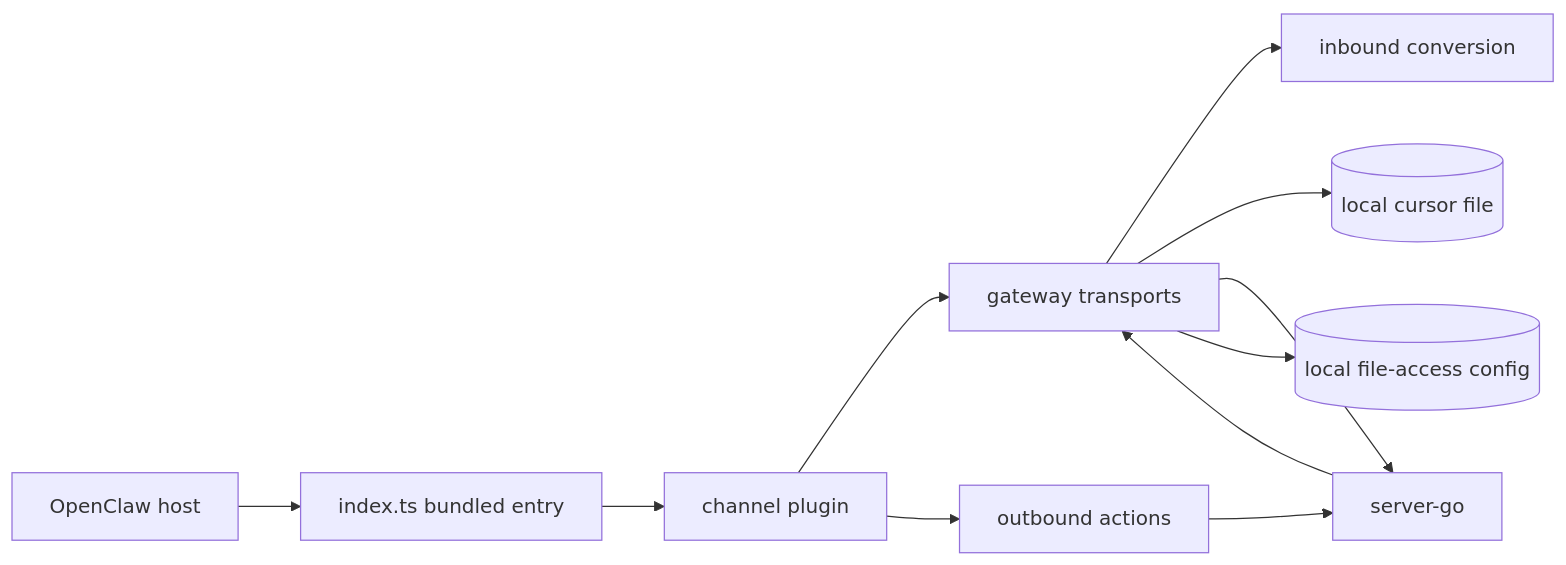
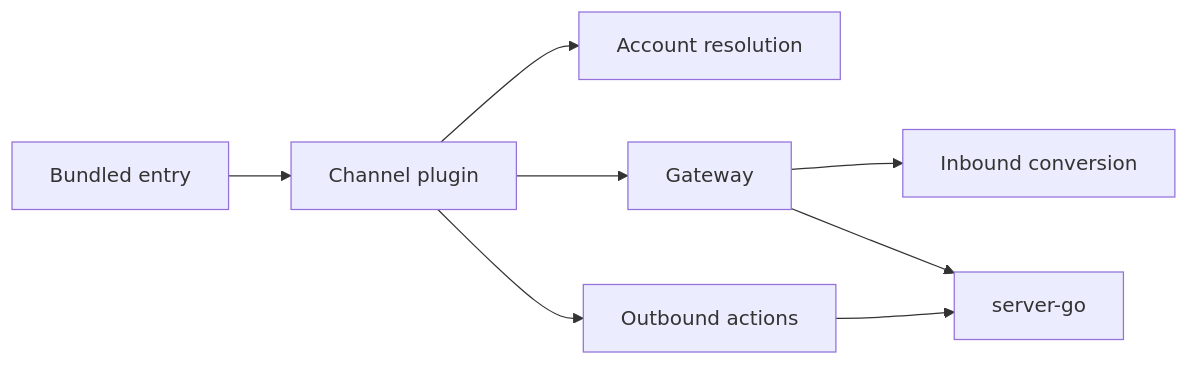
Before and after one commit to codetreker/borgee: the diagram in docs/current/plugin/README.md, drawn with Mermaid. The commit also changed other lines of this file and 14 other files, not shown here.

Commit message:
docs: refine system overview and plugin architecture

````diff
--- a/docs/current/plugin/README.md
+++ b/docs/current/plugin/README.md
@@ -7,23 +9,18 @@
 ```mermaid
 flowchart LR
-  openclaw[OpenClaw host]
-  entry[index.ts bundled entry]
-  channel[channel plugin]
-  gateway[gateway transports]
-  inbound[inbound conversion]
-  outbound[outbound actions]
+  entry[Bundled entry]
+  channel[Channel plugin]
+  accounts[Account resolution]
+  gateway[Gateway]
+  inbound[Inbound conversion]
+  outbound[Outbound actions]
   server[server-go]
-  cursor[(local cursor file)]
-  filecfg[(local file-access config)]
 
-  openclaw --> entry
   entry --> channel
+  channel --> accounts
   channel --> gateway
   gateway --> inbound
   channel --> outbound
-  gateway --> cursor
   gateway --> server
   outbound --> server
-  server --> gateway
-  gateway --> filecfg
 ```
````
